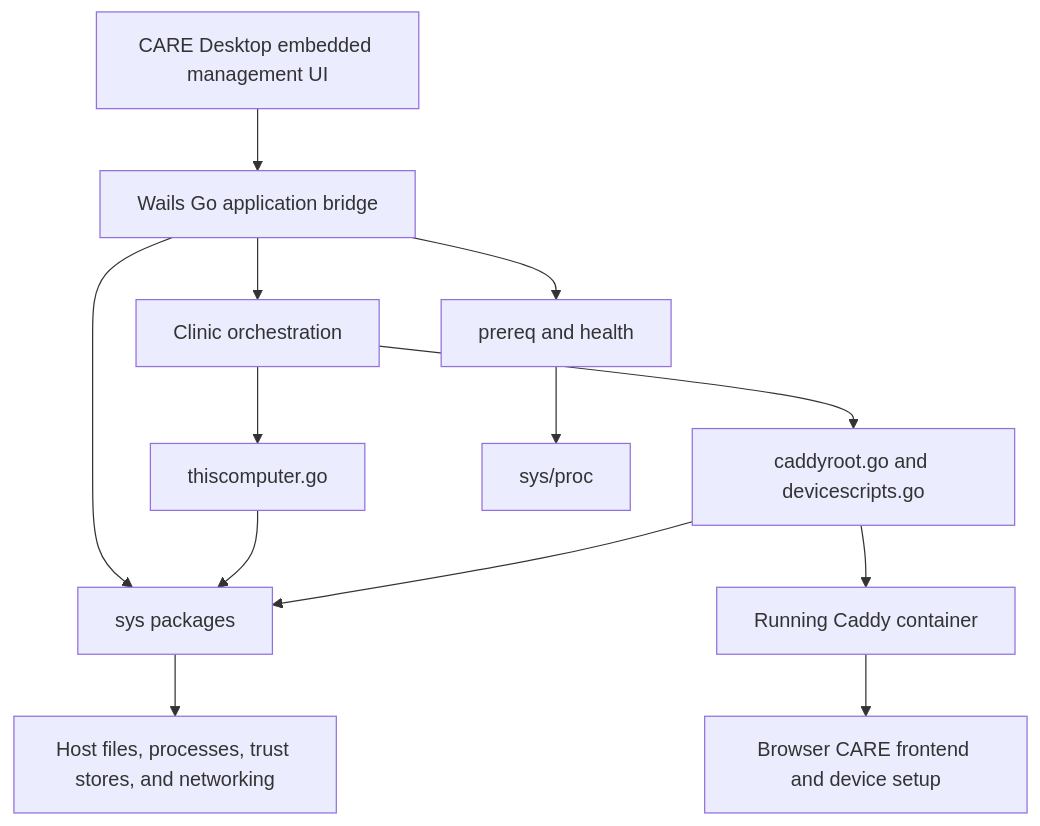
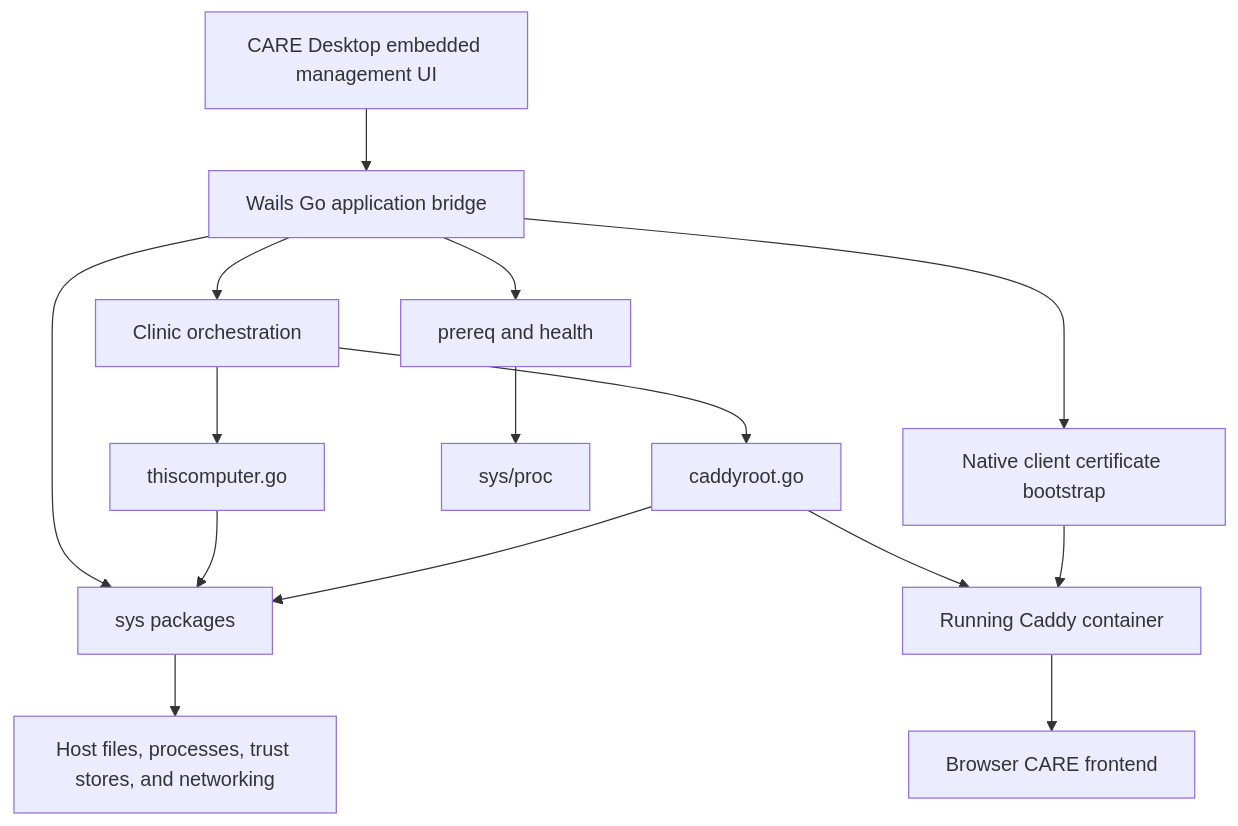
Before and after one commit to ohcnetwork/care_desktop: the first of 6 diagrams in docs/native-integrations.md, drawn with Mermaid. The commit also changed other lines of this file and 50 other files, not shown here.

````diff
--- a/docs/native-integrations.md
+++ b/docs/native-integrations.md
@@ -50,15 +52,17 @@
 ```mermaid
 flowchart TD
     UI["CARE Desktop embedded management UI"] --> App["Wails Go application bridge"]
     App --> Clinic["Clinic orchestration"]
     App --> Ready["prereq and health"]
     App --> Native["sys packages"]
     Clinic --> Local["thiscomputer.go"]
-    Clinic --> Export["caddyroot.go and devicescripts.go"]
+    Clinic --> Export["caddyroot.go"]
     Local --> Native
     Export --> Native
     Ready --> Proc["sys/proc"]
     Native --> OS["Host files, processes, trust stores, and networking"]
     Export --> Caddy["Running Caddy container"]
-    Caddy --> Browser["Browser CARE frontend and device setup"]
+    App --> Client["Native client certificate bootstrap"]
+    Client --> Caddy
+    Caddy --> Browser["Browser CARE frontend"]
 ```
````
